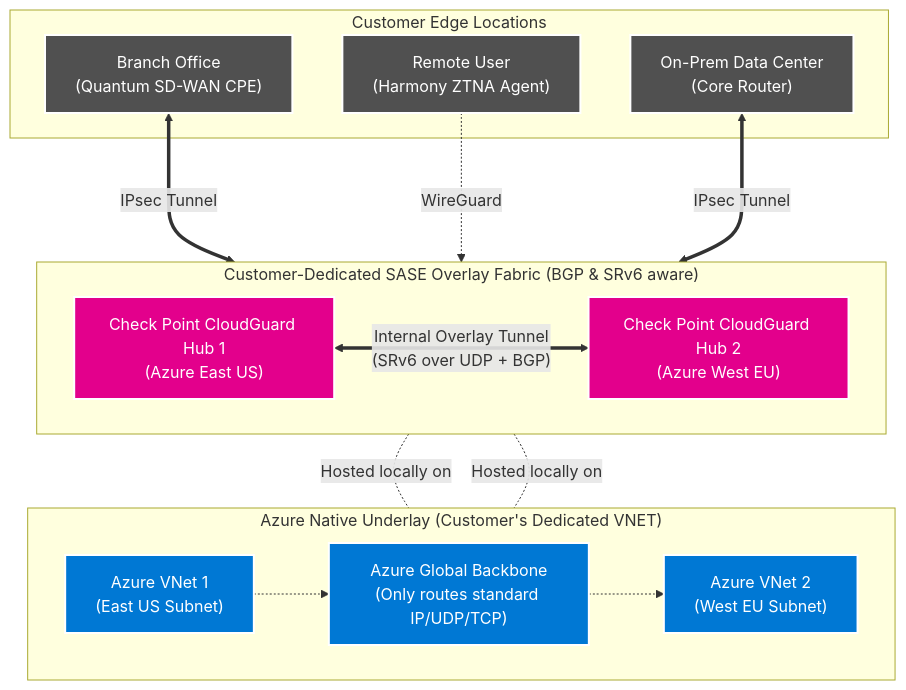
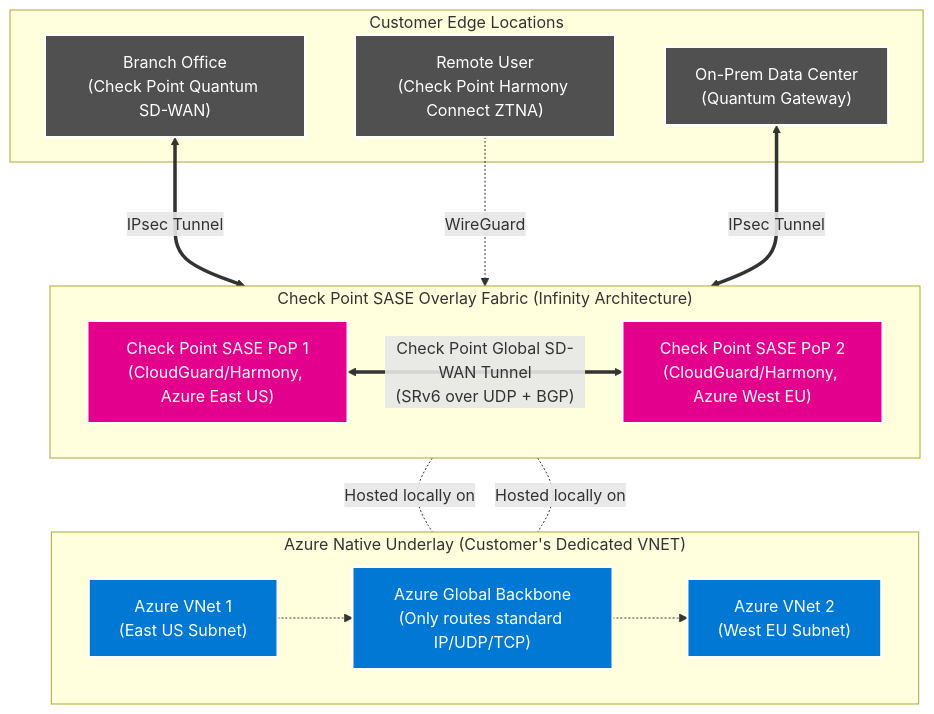
One commit to roie9876/SASE changed the fourth of 11 diagrams in README.md. Above: the diagram before and after it, drawn with Mermaid.

Commit message:
docs: Update SASE hub & spoke diagram with specific Check Point PoP and Quantum SD-WAN terminology

````diff
--- a/README.md
+++ b/README.md
@@ -244,36 +244,36 @@
 ```mermaid
 flowchart TD
     %% Styling
     classDef cloud fill:#0078D4,stroke:#fff,stroke-width:2px,color:#fff
     classDef nva fill:#E3008C,stroke:#fff,stroke-width:2px,color:#fff
     classDef edge fill:#505050,stroke:#fff,stroke-width:2px,color:#fff
 
-    subgraph ISV_SASE_Overlay [" Customer-Dedicated SASE Overlay Fabric (BGP & SRv6 aware) "]
+    subgraph ISV_SASE_Overlay ["  Check Point SASE Overlay Fabric (Infinity Architecture)  "]
         direction LR
-        NVA1["Check Point CloudGuard Hub 1<br/>(Azure East US)"]:::nva
-        NVA2["Check Point CloudGuard Hub 2<br/>(Azure West EU)"]:::nva
+        NVA1["Check Point SASE PoP 1<br/>(CloudGuard/Harmony, Azure East US)"]:::nva
+        NVA2["Check Point SASE PoP 2<br/>(CloudGuard/Harmony, Azure West EU)"]:::nva
         
         %% Core overlay connectivity
-        NVA1 <== "Internal Overlay Tunnel<br/>(SRv6 over UDP + BGP)" ==> NVA2
+        NVA1 <== "Check Point Global SD-WAN Tunnel<br/>(SRv6 over UDP + BGP)" ==> NVA2
     end
     
-    subgraph Azure_Transport [" Azure Native Underlay (Customer's Dedicated VNET) "]
+    subgraph Azure_Transport ["  Azure Native Underlay (Customer's Dedicated VNET)  "]
         direction LR
         VNet1["Azure VNet 1<br/>(East US Subnet)"]:::cloud -.-> Backbone["Azure Global Backbone<br/>(Only routes standard IP/UDP/TCP)"]:::cloud -.-> VNet2["Azure VNet 2<br/>(West EU Subnet)"]:::cloud
     end
     
-    subgraph Customer_Edges [" Customer Edge Locations "]
-        Branch["Branch Office<br/>(Quantum SD-WAN CPE)"]:::edge
-        HQ["On-Prem Data Center<br/>(Core Router)"]:::edge
-        User["Remote User<br/>(Harmony ZTNA Agent)"]:::edge
+    subgraph Customer_Edges ["  Customer Edge Locations  "]
+        Branch["Branch Office<br/>(Check Point Quantum SD-WAN)"]:::edge
+        HQ["On-Prem Data Center<br/>(Quantum Gateway)"]:::edge
+        User["Remote User<br/>(Check Point Harmony Connect ZTNA)"]:::edge
     end
     
     %% Edge connections to NVAs
     Branch <== "IPsec Tunnel" ===> NVA1
     User -. "WireGuard" .-> NVA1
     HQ <== "IPsec Tunnel" ===> NVA2
     
     %% NVA hosting relationship
     NVA1 -. "Hosted locally on" .- VNet1
     NVA2 -. "Hosted locally on" .- VNet2
 ```
````
